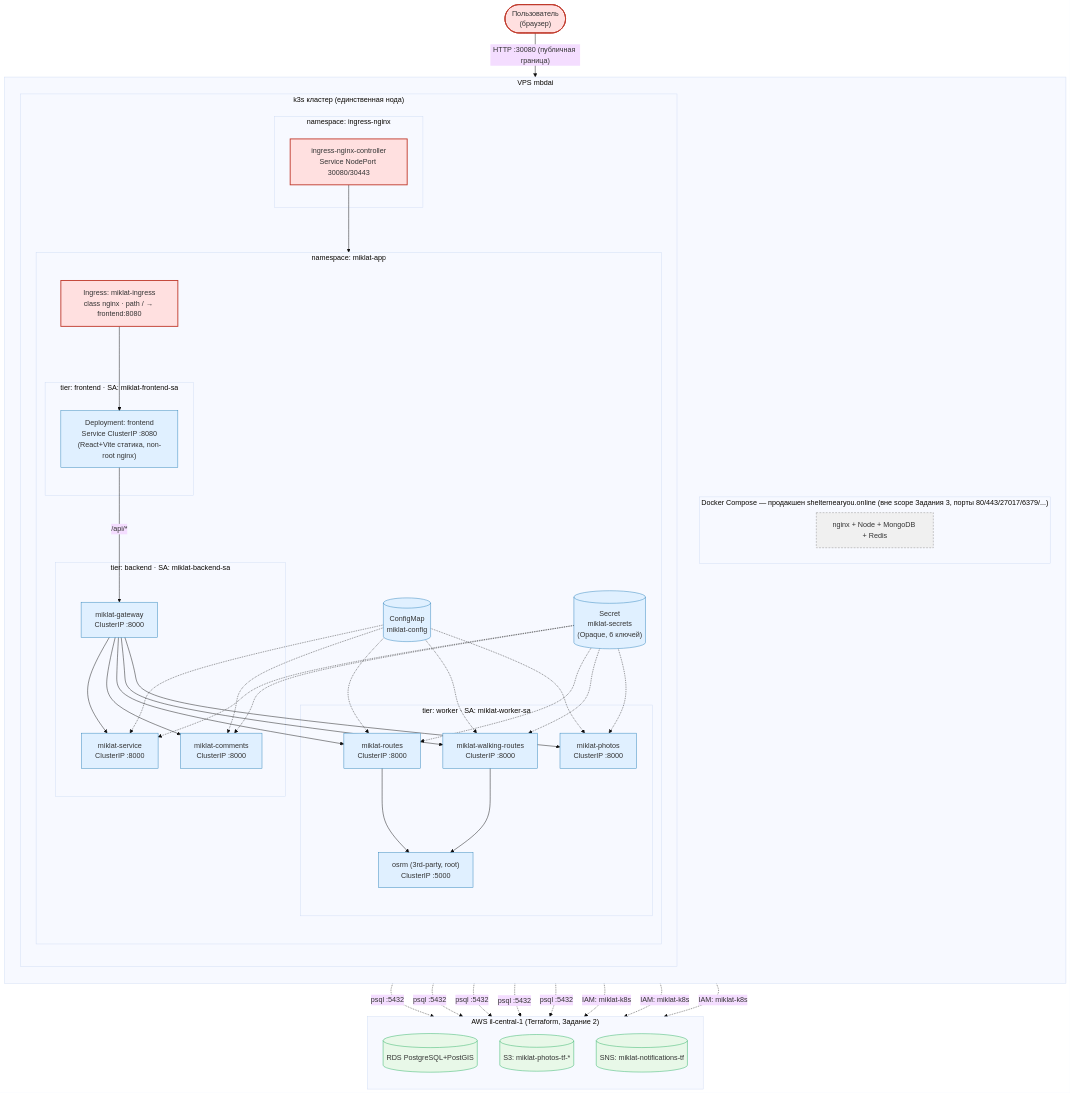
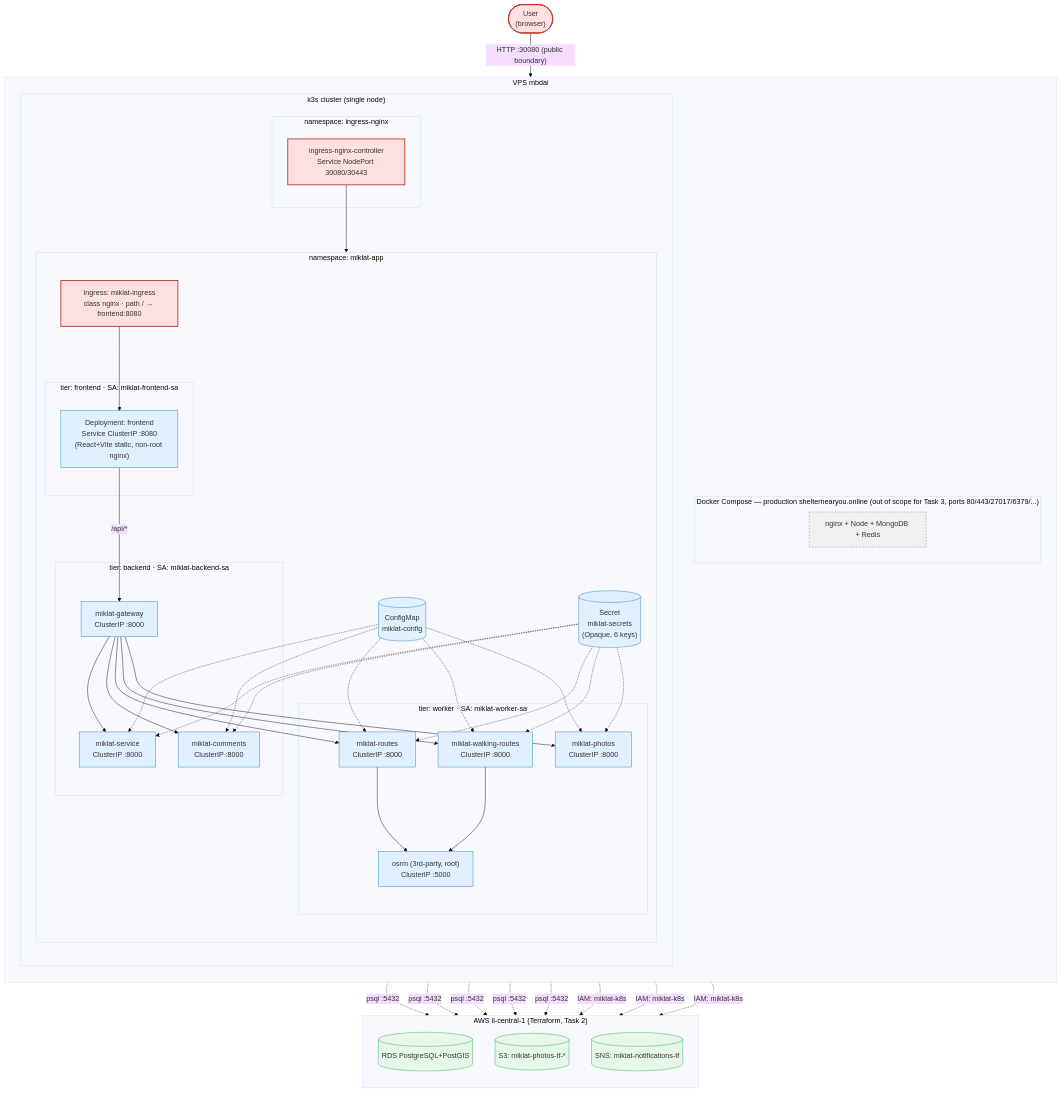
The diagram in docs/architecture-task3.md (algoldenberg/miklat-devops), drawn with Mermaid (base theme) before and after one commit. The commit also changed other lines of this file and 19 other files, not shown here.

Commit message:
Add architecture diagrams and real evidence for Tasks 2/3/4 (Terraform+Ansible, Kubernetes, Jenkins CI/CD); translate architecture-task3 to English

````diff
--- a/docs/architecture-task3.md
+++ b/docs/architecture-task3.md
@@ -13,15 +13,15 @@
 ```mermaid
 flowchart TB
-    User(["Пользователь\n(браузер)"])
+    User(["User\n(browser)"])
 
     subgraph MBDAI["VPS mbdai"]
         direction TB
 
-        subgraph PROD["Docker Compose — продакшен shelternearyou.online (вне scope Задания 3, порты 80/443/27017/6379/...)"]
+        subgraph PROD["Docker Compose — production shelternearyou.online (out of scope for Task 3, ports 80/443/27017/6379/...)"]
             PRODSTACK["nginx + Node + MongoDB + Redis"]
         end
 
-        subgraph K3S["k3s кластер (единственная нода)"]
+        subgraph K3S["k3s cluster (single node)"]
             direction TB
 
             subgraph NSING["namespace: ingress-nginx"]
@@ -34,7 +34,7 @@
                 ING["Ingress: miklat-ingress\nclass nginx · path / → frontend:8080"]
 
                 subgraph TFRONT["tier: frontend · SA: miklat-frontend-sa"]
-                    FE["Deployment: frontend\nService ClusterIP :8080\n(React+Vite статика, non-root nginx)"]
+                    FE["Deployment: frontend\nService ClusterIP :8080\n(React+Vite static, non-root nginx)"]
                 end
 
                 subgraph TBACK["tier: backend · SA: miklat-backend-sa"]
@@ -51,19 +51,19 @@
                 end
 
                 CM[("ConfigMap\nmiklat-config")]
-                SEC[("Secret\nmiklat-secrets\n(Opaque, 6 ключей)")]
+                SEC[("Secret\nmiklat-secrets\n(Opaque, 6 keys)")]
             end
         end
     end
 
-    subgraph AWSCLOUD["AWS il-central-1 (Terraform, Задание 2)"]
+    subgraph AWSCLOUD["AWS il-central-1 (Terraform, Task 2)"]
         direction TB
         RDS[("RDS PostgreSQL+PostGIS")]
         S3[("S3: miklat-photos-tf-*")]
         SNS[("SNS: miklat-notifications-tf")]
     end
 
-    User -- "HTTP :30080 (публичная граница)" --> IC
+    User -- "HTTP :30080 (public boundary)" --> IC
     IC --> ING
     ING --> FE
     FE -- "/api/*" --> GW
````
